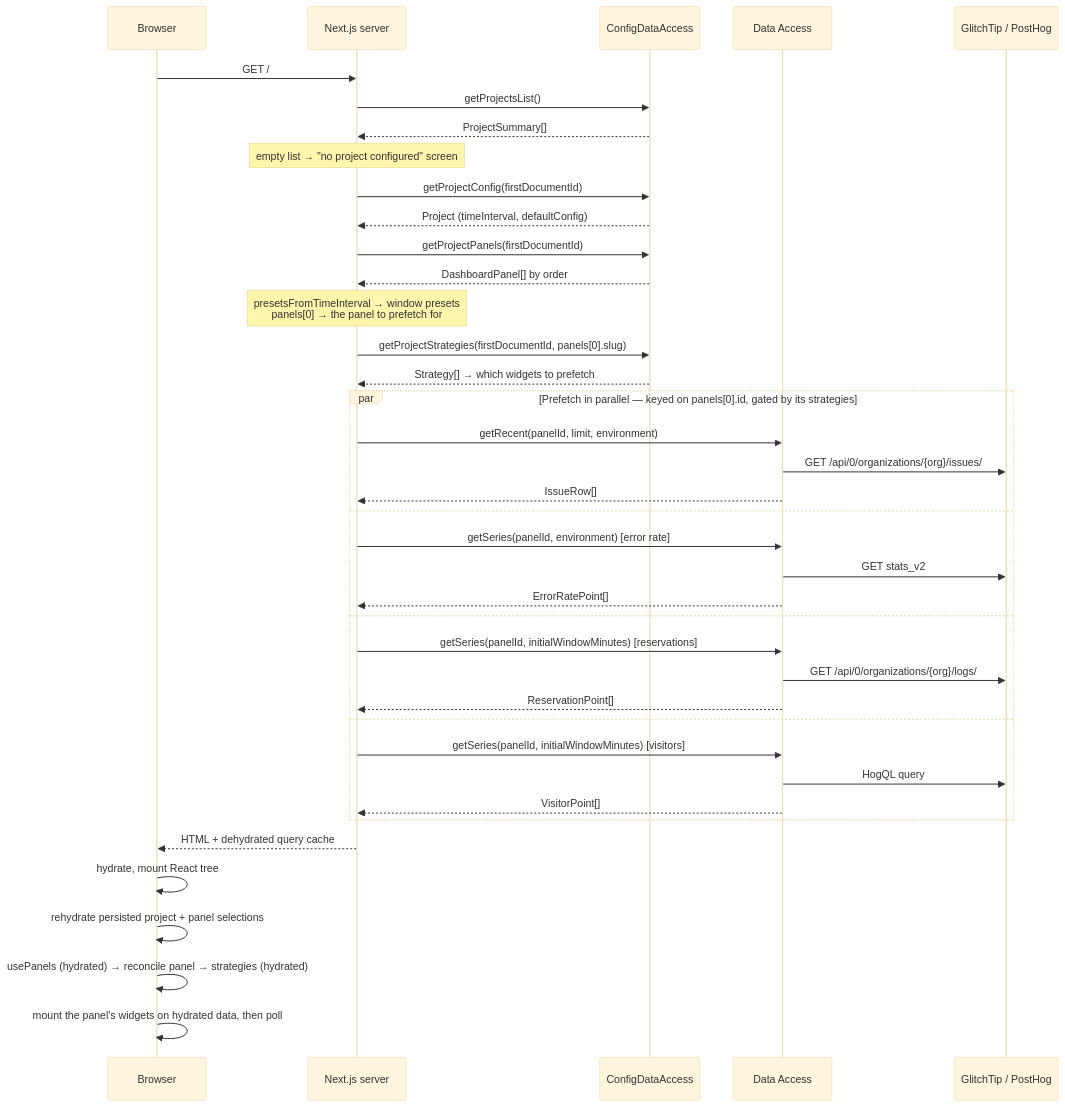
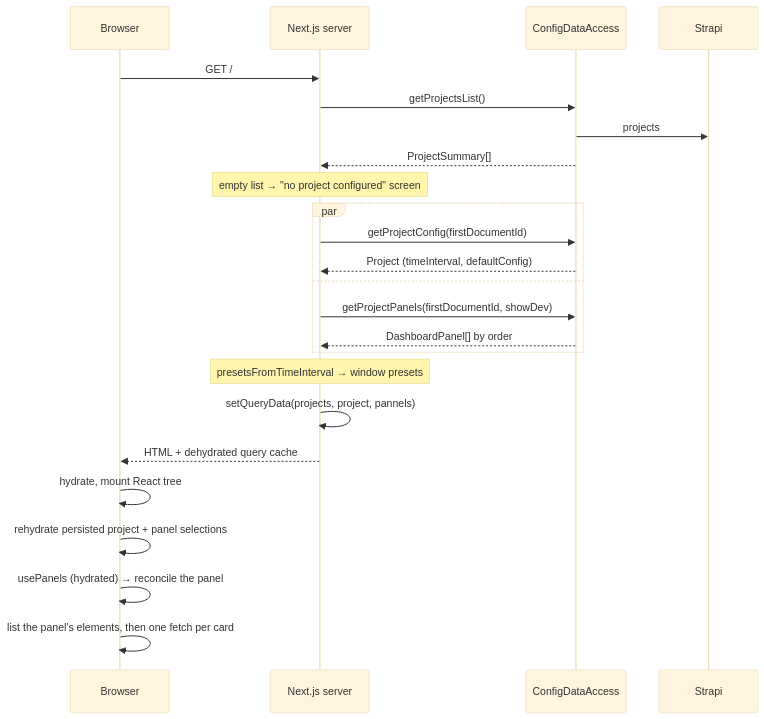
Before and after one commit to webteamuxco/dashboard-monitor: the sixth of 6 diagrams in apps/docs-site/docs/architecture.md, drawn with Mermaid (base theme). The commit also changed other lines of this file and 10 other files, not shown here.

````diff
--- a/apps/docs-site/docs/architecture.md
+++ b/apps/docs-site/docs/architecture.md
@@ -180,43 +188,27 @@
 ```mermaid
 sequenceDiagram
     participant Browser
     participant NextServer as Next.js server
     participant Cfg as ConfigDataAccess
-    participant DA as Data Access
-    participant Ext as GlitchTip / PostHog
+    participant Strapi
 
     Browser->>NextServer: GET /
     NextServer->>Cfg: getProjectsList()
+    Cfg->>Strapi: projects
     Cfg-->>NextServer: ProjectSummary[]
     Note over NextServer: empty list → "no project configured" screen
-    NextServer->>Cfg: getProjectConfig(firstDocumentId)
-    Cfg-->>NextServer: Project (timeInterval, defaultConfig)
-    NextServer->>Cfg: getProjectPanels(firstDocumentId)
-    Cfg-->>NextServer: DashboardPanel[] by order
-    Note over NextServer: presetsFromTimeInterval → window presets<br/>panels[0] → the panel to prefetch for
-    NextServer->>Cfg: getProjectStrategies(firstDocumentId, panels[0].slug)
-    Cfg-->>NextServer: Strategy[] → which widgets to prefetch
-
-    par Prefetch in parallel — keyed on panels[0].id, gated by its strategies
-        NextServer->>DA: getRecent(panelId, limit, environment)
-        DA->>Ext: GET /api/0/organizations/{org}/issues/
-        DA-->>NextServer: IssueRow[]
+    par
+        NextServer->>Cfg: getProjectConfig(firstDocumentId)
+        Cfg-->>NextServer: Project (timeInterval, defaultConfig)
     and
-        NextServer->>DA: getSeries(panelId, environment) [error rate]
-        DA->>Ext: GET stats_v2
-        DA-->>NextServer: ErrorRatePoint[]
-    and
-        NextServer->>DA: getSeries(panelId, initialWindowMinutes) [reservations]
-        DA->>Ext: GET /api/0/organizations/{org}/logs/
-        DA-->>NextServer: ReservationPoint[]
-    and
-        NextServer->>DA: getSeries(panelId, initialWindowMinutes) [visitors]
-        DA->>Ext: HogQL query
-        DA-->>NextServer: VisitorPoint[]
+        NextServer->>Cfg: getProjectPanels(firstDocumentId, showDev)
+        Cfg-->>NextServer: DashboardPanel[] by order
     end
+    Note over NextServer: presetsFromTimeInterval → window presets
+    NextServer->>NextServer: setQueryData(projects, project, pannels)
     NextServer-->>Browser: HTML + dehydrated query cache
     Browser->>Browser: hydrate, mount React tree
     Browser->>Browser: rehydrate persisted project + panel selections
-    Browser->>Browser: usePanels (hydrated) → reconcile panel → strategies (hydrated)
-    Browser->>Browser: mount the panel's widgets on hydrated data, then poll
+    Browser->>Browser: usePanels (hydrated) → reconcile the panel
+    Browser->>Browser: list the panel's elements, then one fetch per card
 ```
````
